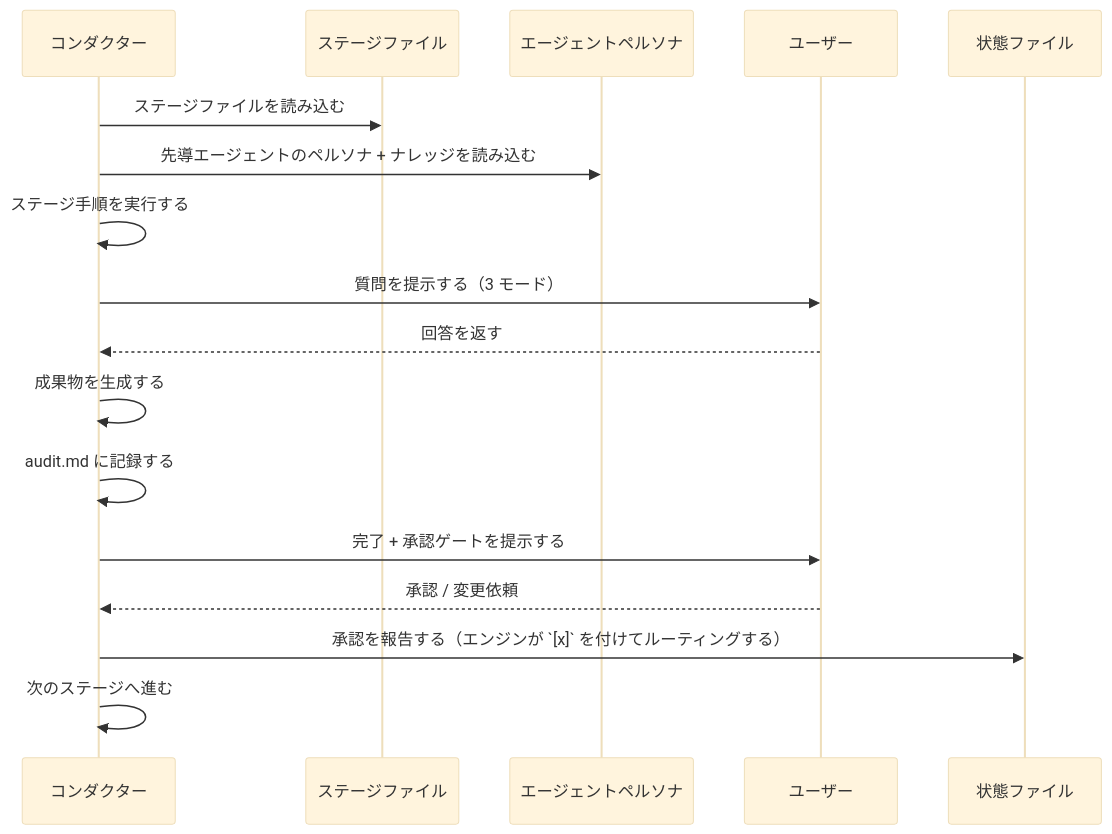
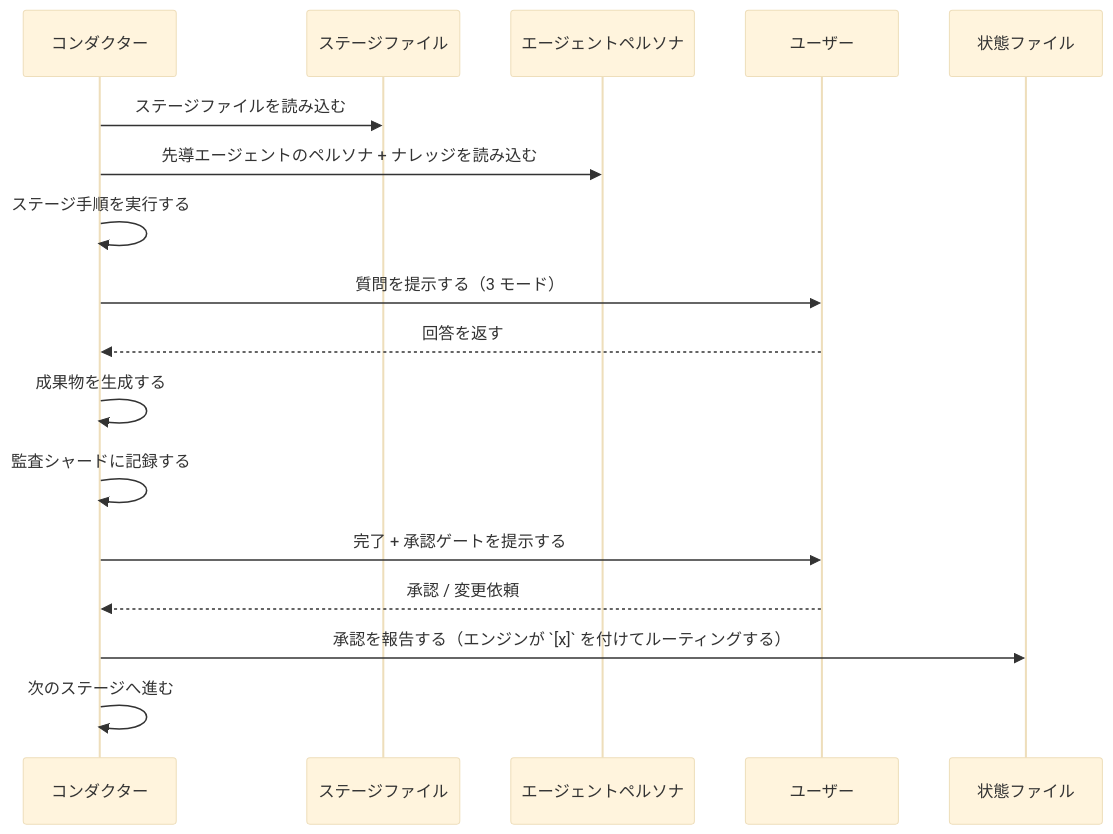
Before and after one commit to otomatty/aidlc-guide: the third of 4 diagrams in docs/reference/ja/01-architecture.md, drawn with Mermaid (base theme). The commit also changed other lines of this file and 740 other files, not shown here.

````diff
--- a/docs/reference/ja/01-architecture.md
+++ b/docs/reference/ja/01-architecture.md
@@ -210,20 +210,20 @@
 ```mermaid
 sequenceDiagram
     participant O as コンダクター
     participant S as ステージファイル
     participant A as エージェントペルソナ
     participant U as ユーザー
     participant ST as 状態ファイル
 
     O->>S: ステージファイルを読み込む
     O->>A: 先導エージェントのペルソナ + ナレッジを読み込む
     O->>O: ステージ手順を実行する
     O->>U: 質問を提示する（3 モード）
     U-->>O: 回答を返す
     O->>O: 成果物を生成する
-    O->>O: audit.md に記録する
+    O->>O: 監査シャードに記録する
     O->>U: 完了 + 承認ゲートを提示する
     U-->>O: 承認 / 変更依頼
     O->>ST: 承認を報告する（エンジンが `[x]` を付けてルーティングする）
     O->>O: 次のステージへ進む
 ```
````
